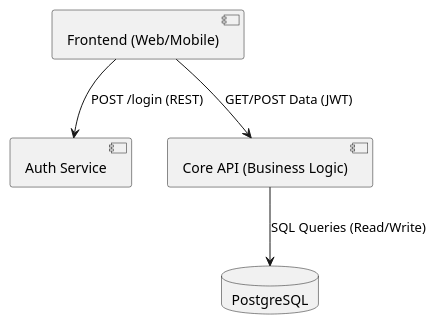
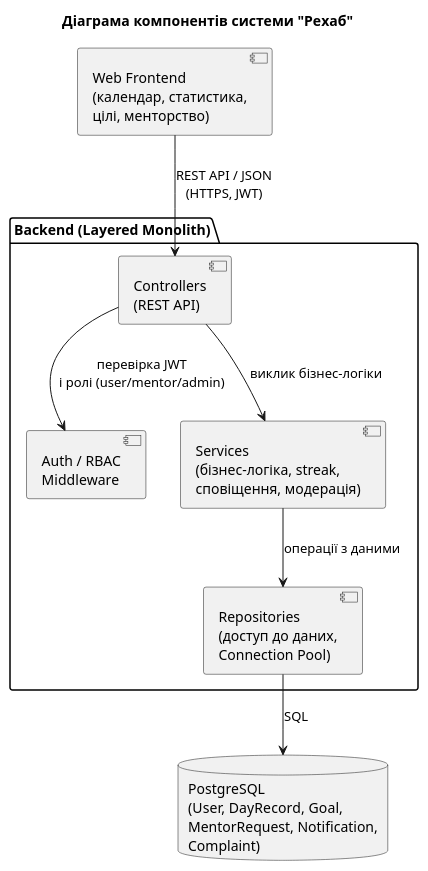
One commit to ukma-fin-ssdm-2026/Rehab changed the diagram in docs/architecture/uml/component-diagram.puml. Above: the diagram before and after it, drawn with PlantUML.

Commit message:
Revise component diagram

```diff
--- a/docs/architecture/uml/component-diagram.puml
+++ b/docs/architecture/uml/component-diagram.puml
@@ -1,10 +1,20 @@
 @startuml
-component "Frontend (Web/Mobile)" as Client
-component "Auth Service" as Auth
-component "Core API (Business Logic)" as Core
-database "PostgreSQL" as DB
+title Діаграма компонентів системи "Рехаб"
 
-Client --> Auth : POST /login (REST)
-Client --> Core : GET/POST Data (JWT)
-Core --> DB : SQL Queries (Read/Write)
+component "Web Frontend\n(календар, статистика,\nцілі, менторство)" as Front
+
+package "Backend (Layered Monolith)" {
+  component "Controllers\n(REST API)" as Ctrl
+  component "Auth / RBAC\nMiddleware" as Auth
+  component "Services\n(бізнес-логіка, streak,\nсповіщення, модерація)" as Svc
+  component "Repositories\n(доступ до даних,\nConnection Pool)" as Repo
+}
+
+database "PostgreSQL\n(User, DayRecord, Goal,\nMentorRequest, Notification,\nComplaint)" as DB
+
+Front --> Ctrl : REST API / JSON\n(HTTPS, JWT)
+Ctrl --> Auth : перевірка JWT\nі ролі (user/mentor/admin)
+Ctrl --> Svc : виклик бізнес-логіки
+Svc --> Repo : операції з даними
+Repo --> DB : SQL
 @enduml
```
